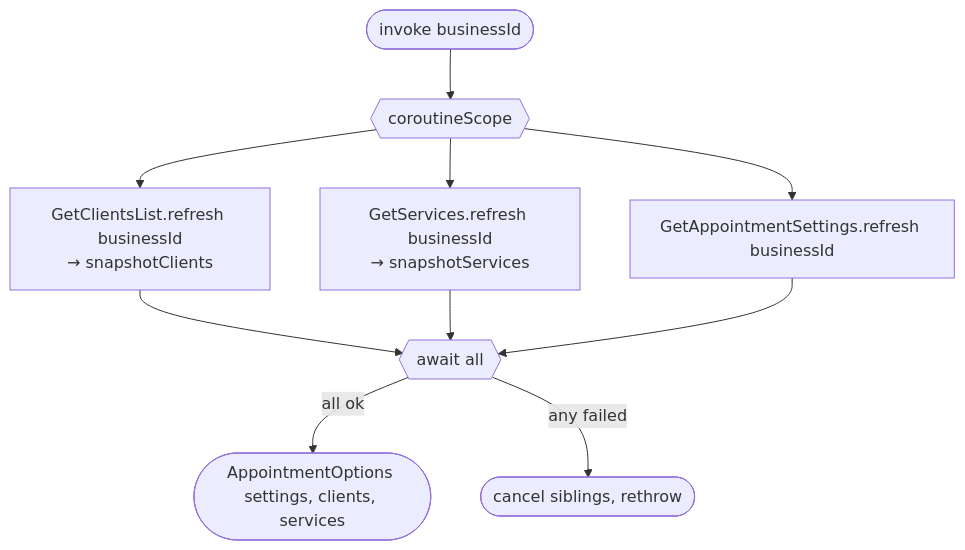
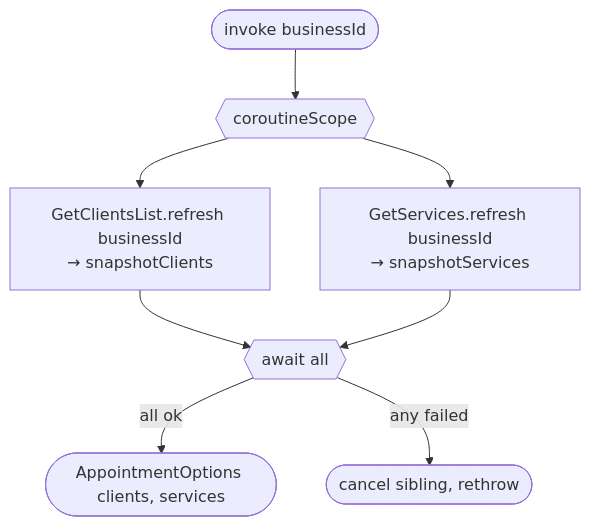
Before and after one commit to nocturneproperties/bookkme-client: the diagram in docs/operations/appointments/get-appointment-options.md, drawn with Mermaid. The commit also changed other lines of this file and 169 other files, not shown here.

````diff
--- a/docs/operations/appointments/get-appointment-options.md
+++ b/docs/operations/appointments/get-appointment-options.md
@@ -13,12 +14,10 @@
 ```mermaid
 flowchart TD
     Start([invoke businessId]) --> Fork{{coroutineScope}}
     Fork --> C[GetClientsList.refresh businessId<br/>→ snapshotClients]
     Fork --> S[GetServices.refresh businessId<br/>→ snapshotServices]
-    Fork --> T[GetAppointmentSettings.refresh businessId]
     C --> Join{{await all}}
     S --> Join
-    T --> Join
-    Join -- all ok --> R([AppointmentOptions settings, clients, services])
-    Join -- any failed --> EX([cancel siblings, rethrow])
+    Join -- all ok --> R([AppointmentOptions clients, services])
+    Join -- any failed --> EX([cancel sibling, rethrow])
 ```
````
